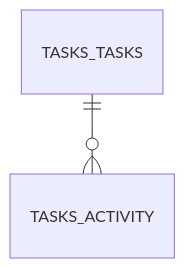
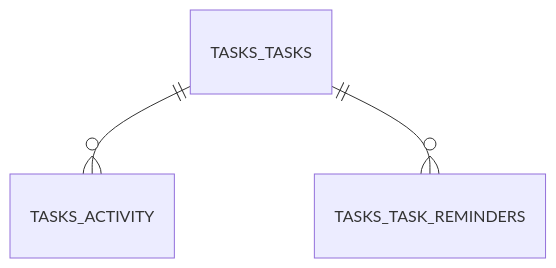
The fourth of 6 diagrams in docs/data-model.md (arhipvp/CRM_2.0), drawn with Mermaid before and after one commit. The commit also changed other lines of this file, not shown here.

````diff
--- a/docs/data-model.md
+++ b/docs/data-model.md
@@ -149,4 +149,5 @@
 ```mermaid
 erDiagram
     TASKS_TASKS ||--o{ TASKS_ACTIVITY : ""
+    TASKS_TASKS ||--o{ TASKS_TASK_REMINDERS : ""
 ```
````
